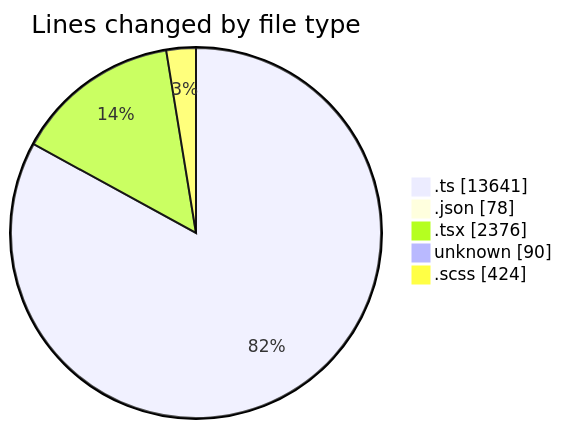
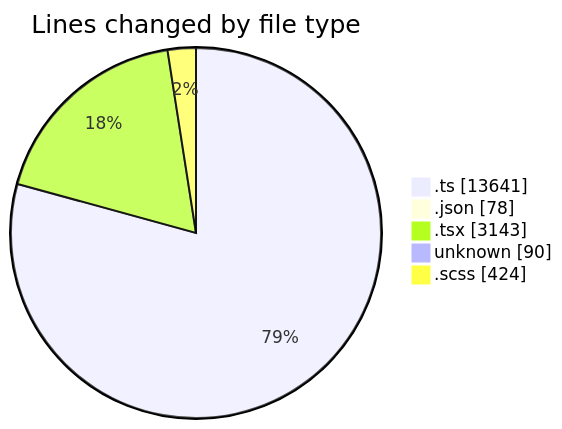
The first of 2 diagrams in 2025-08-29/cda/README.md (momahboobian/code-tracking), drawn with Mermaid before and after one commit. The commit also changed other lines of this file and 1 other file, not shown here.

````diff
--- a/2025-08-29/cda/README.md
+++ b/2025-08-29/cda/README.md
@@ -34,9 +34,9 @@
 ```mermaid
 pie showData
 title Lines changed by file type
 ".ts" : 13641
 ".json" : 78
-".tsx" : 2376
+".tsx" : 3143
 "unknown" : 90
 ".scss" : 424
 ```
````
